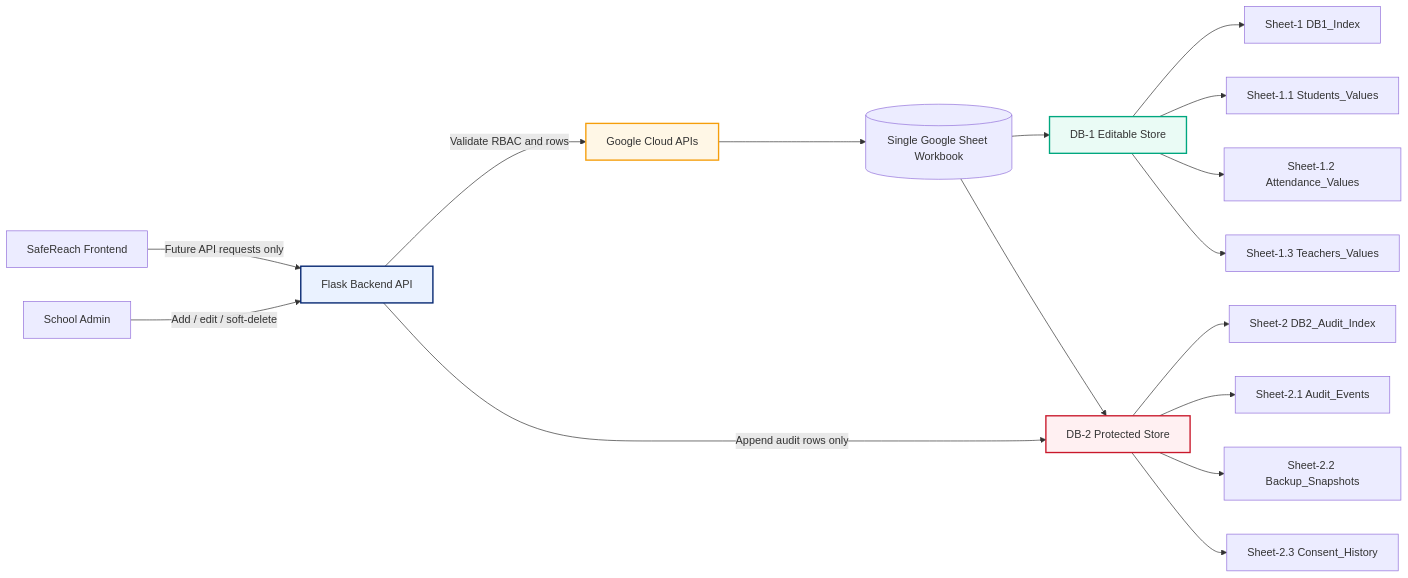
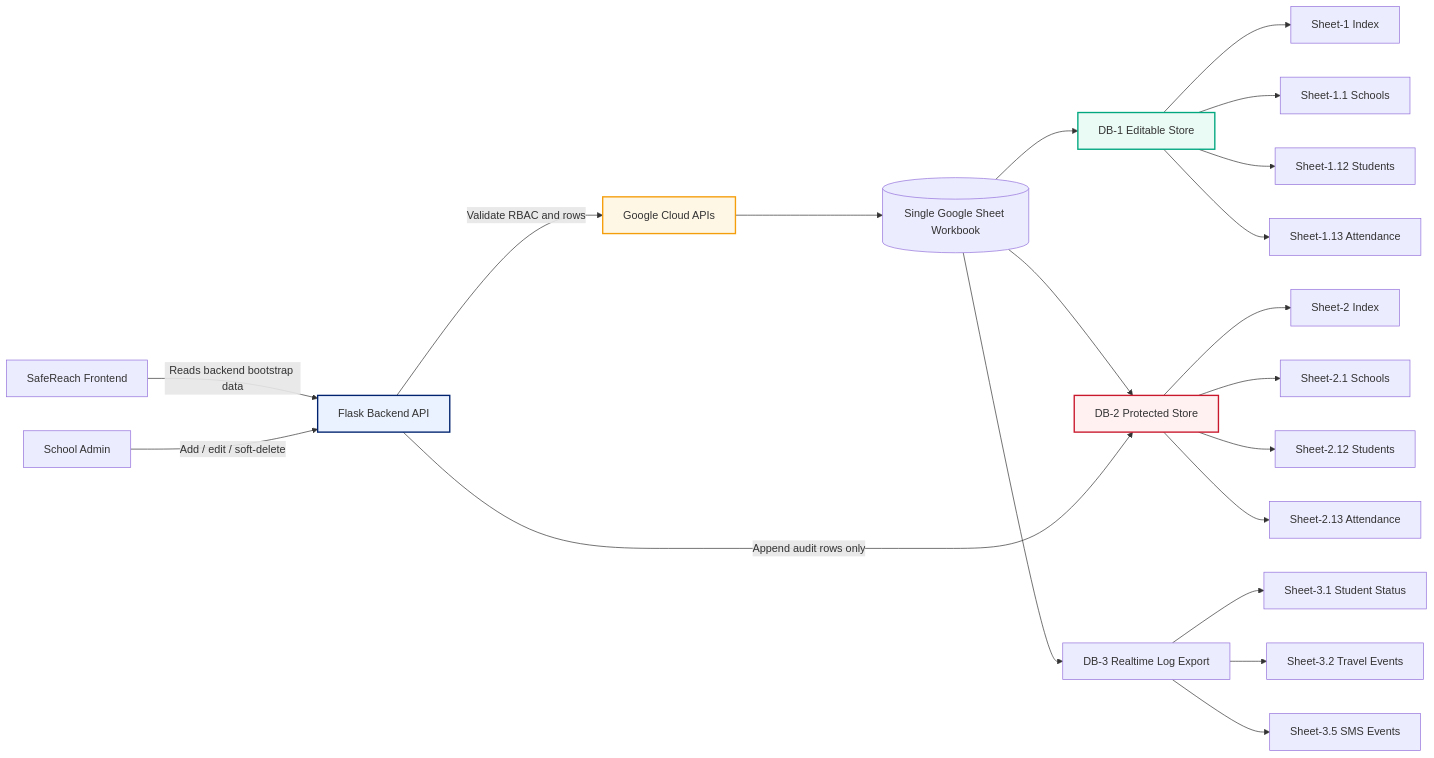
Before and after one commit to BrillarisG/SafeReach: the fourth of 4 diagrams in README.md, drawn with Mermaid. The commit also changed other lines of this file and 62 other files, not shown here.

````diff
--- a/README.md
+++ b/README.md
@@ -326,27 +329,32 @@
 ```mermaid
 flowchart LR
-  Frontend[SafeReach Frontend] -->|Future API requests only| Backend[Flask Backend API]
+  Frontend[SafeReach Frontend] -->|Reads backend bootstrap data| Backend[Flask Backend API]
   Backend -->|Validate RBAC and rows| GoogleCloud[Google Cloud APIs]
   GoogleCloud --> Sheets[(Single Google Sheet Workbook)]
 
   Sheets --> DB1[DB-1 Editable Store]
   Sheets --> DB2[DB-2 Protected Store]
 
-  DB1 --> S1[Sheet-1 DB1_Index]
-  DB1 --> S11[Sheet-1.1 Students_Values]
-  DB1 --> S12[Sheet-1.2 Attendance_Values]
-  DB1 --> S13[Sheet-1.3 Teachers_Values]
+  DB1 --> S1[Sheet-1 Index]
+  DB1 --> S11[Sheet-1.1 Schools]
+  DB1 --> S12[Sheet-1.12 Students]
+  DB1 --> S13[Sheet-1.13 Attendance]
 
-  DB2 --> S2[Sheet-2 DB2_Audit_Index]
-  DB2 --> S21[Sheet-2.1 Audit_Events]
-  DB2 --> S22[Sheet-2.2 Backup_Snapshots]
-  DB2 --> S23[Sheet-2.3 Consent_History]
+  DB2 --> S2[Sheet-2 Index]
+  DB2 --> S21[Sheet-2.1 Schools]
+  DB2 --> S22[Sheet-2.12 Students]
+  DB2 --> S23[Sheet-2.13 Attendance]
+
+  Sheets --> DB3[DB-3 Realtime Log Export]
+  DB3 --> S31[Sheet-3.1 Student Status]
+  DB3 --> S32[Sheet-3.2 Travel Events]
+  DB3 --> S33[Sheet-3.5 SMS Events]
 
   Admin[School Admin] -->|Add / edit / soft-delete| Backend
   Backend -->|Append audit rows only| DB2
 
   style DB1 fill:#EAFBF5,stroke:#00A77F,stroke-width:2px
   style DB2 fill:#FFF0F2,stroke:#C9182B,stroke-width:2px
   style Backend fill:#EAF2FF,stroke:#00236F,stroke-width:2px
   style GoogleCloud fill:#FFF7E6,stroke:#F59E0B,stroke-width:2px
 ```
````
